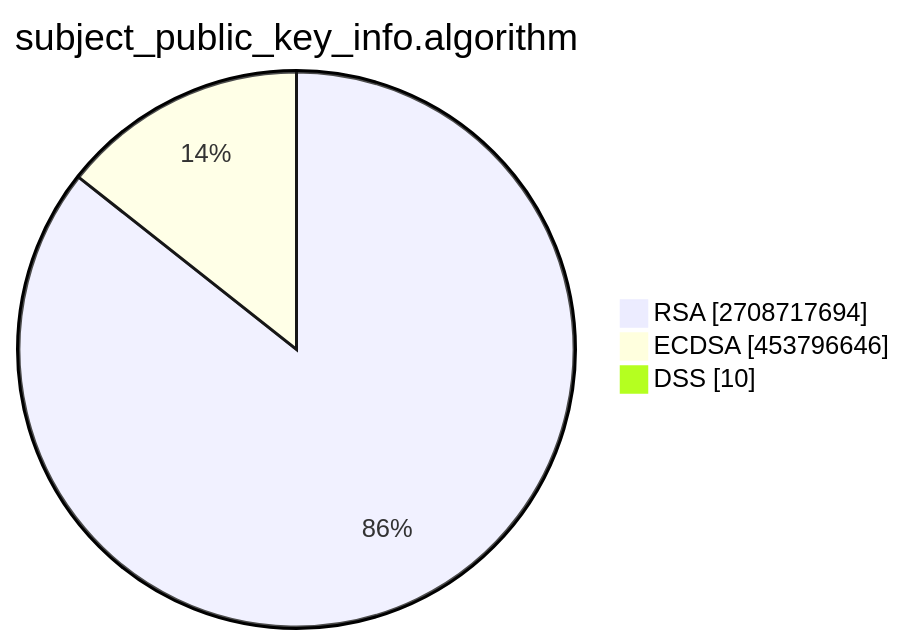
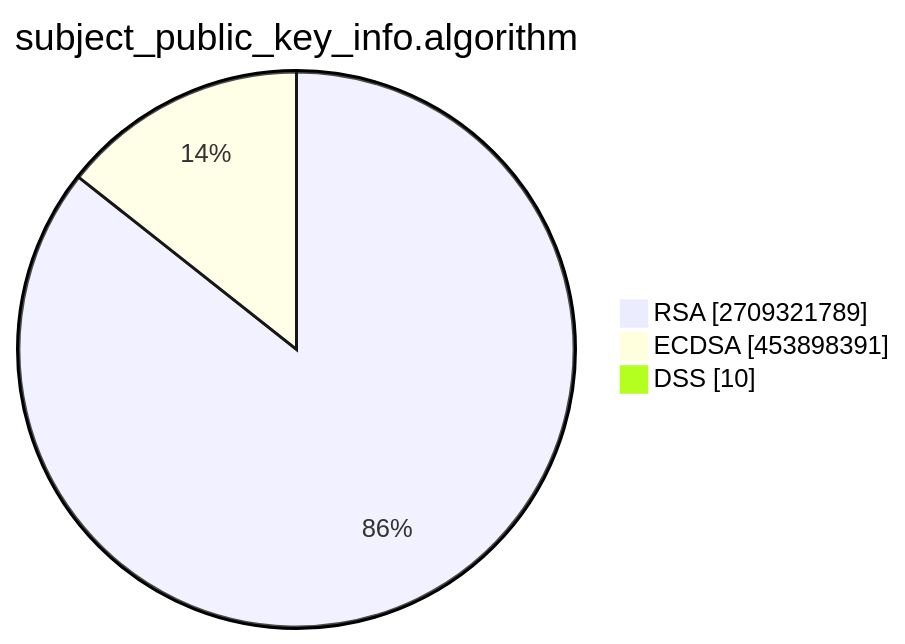
Before and after one commit to christiankrug/ctmonitor_visualization: the second of 15 diagrams in TOTAL/README.md, drawn with Mermaid. The commit also changed other lines of this file, not shown here.

````diff
--- a/TOTAL/README.md
+++ b/TOTAL/README.md
@@ -6,7 +6,7 @@
 ```mermaid
 pie showData
 title subject_public_key_info.algorithm
-"RSA" :2708717694
-"ECDSA" :453796646
+"RSA" :2709321789
+"ECDSA" :453898391
 "DSS" :10
 ```
````
